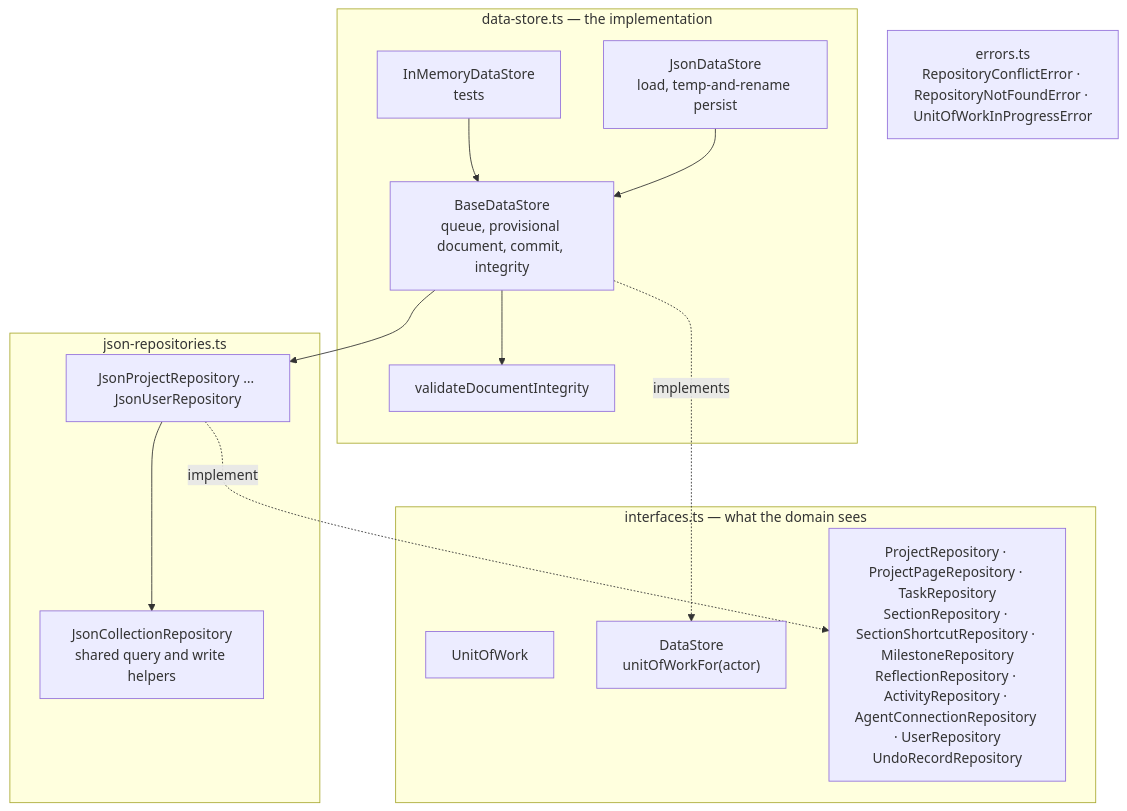
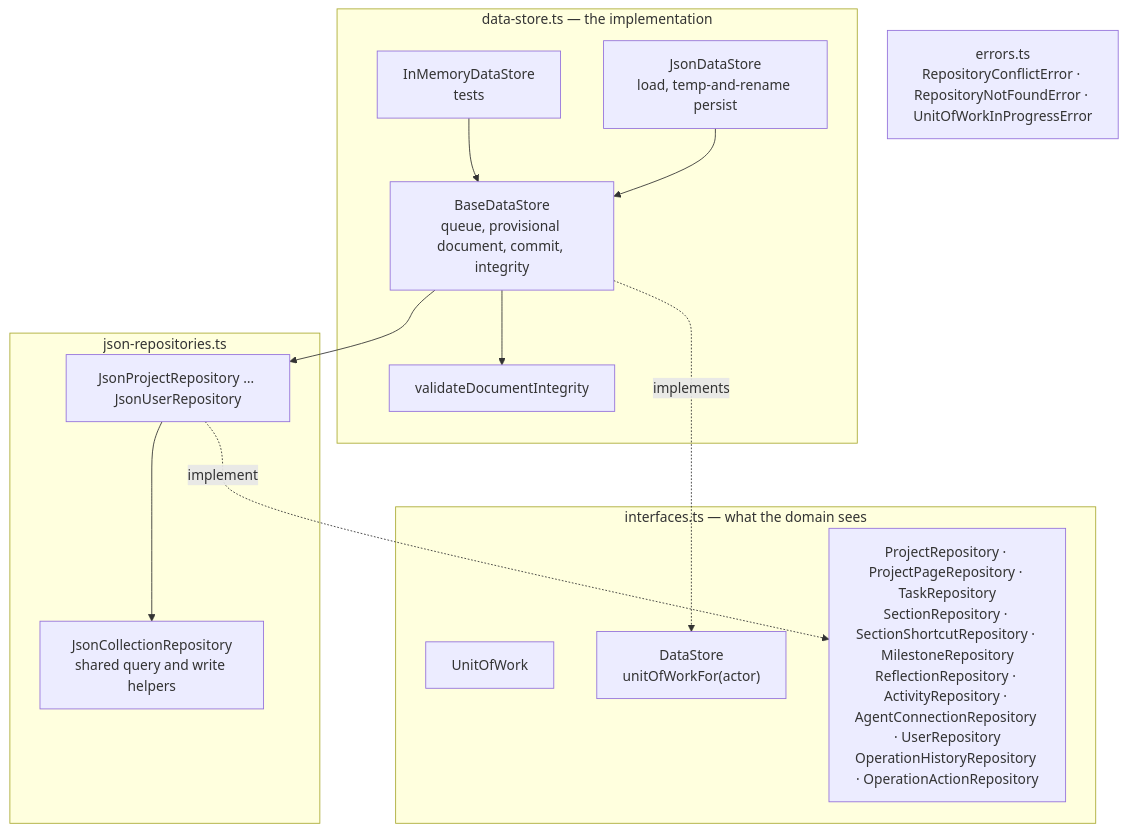
The first of 2 diagrams in docs/architecture/repositories/what.md (CalciteDragon/Canvas-work-manager-prototype), drawn with Mermaid before and after one commit. The commit also changed other lines of this file and 52 other files, not shown here.

First line of the commit message:
docs: record operation-history decisions and amend the spec for Slice 35

````diff
--- a/docs/architecture/repositories/what.md
+++ b/docs/architecture/repositories/what.md
@@ -5,26 +5,26 @@
 ```mermaid
 flowchart TB
   subgraph interfaces["interfaces.ts — what the domain sees"]
     uow["UnitOfWork"]
     ds["DataStore<br/>unitOfWorkFor(actor)"]
-    repos["ProjectRepository · ProjectPageRepository · TaskRepository<br/>SectionRepository · SectionShortcutRepository · MilestoneRepository<br/>ReflectionRepository · ActivityRepository · AgentConnectionRepository · UserRepository<br/>UndoRecordRepository"]
+    repos["ProjectRepository · ProjectPageRepository · TaskRepository<br/>SectionRepository · SectionShortcutRepository · MilestoneRepository<br/>ReflectionRepository · ActivityRepository · AgentConnectionRepository · UserRepository<br/>OperationHistoryRepository · OperationActionRepository"]
   end
   subgraph store["data-store.ts — the implementation"]
     base["BaseDataStore<br/>queue, provisional document, commit, integrity"]
     mem["InMemoryDataStore<br/>tests"]
     json["JsonDataStore<br/>load, temp-and-rename persist"]
     integrity["validateDocumentIntegrity"]
   end
   subgraph impl["json-repositories.ts"]
     coll["JsonCollectionRepository<br/>shared query and write helpers"]
     jr["JsonProjectRepository … JsonUserRepository"]
   end
   errors["errors.ts<br/>RepositoryConflictError · RepositoryNotFoundError · UnitOfWorkInProgressError"]
   mem --> base
   json --> base
   base --> integrity
   jr --> coll
   jr -. implement .-> repos
   base -. implements .-> ds
   base --> jr
 ```
````
